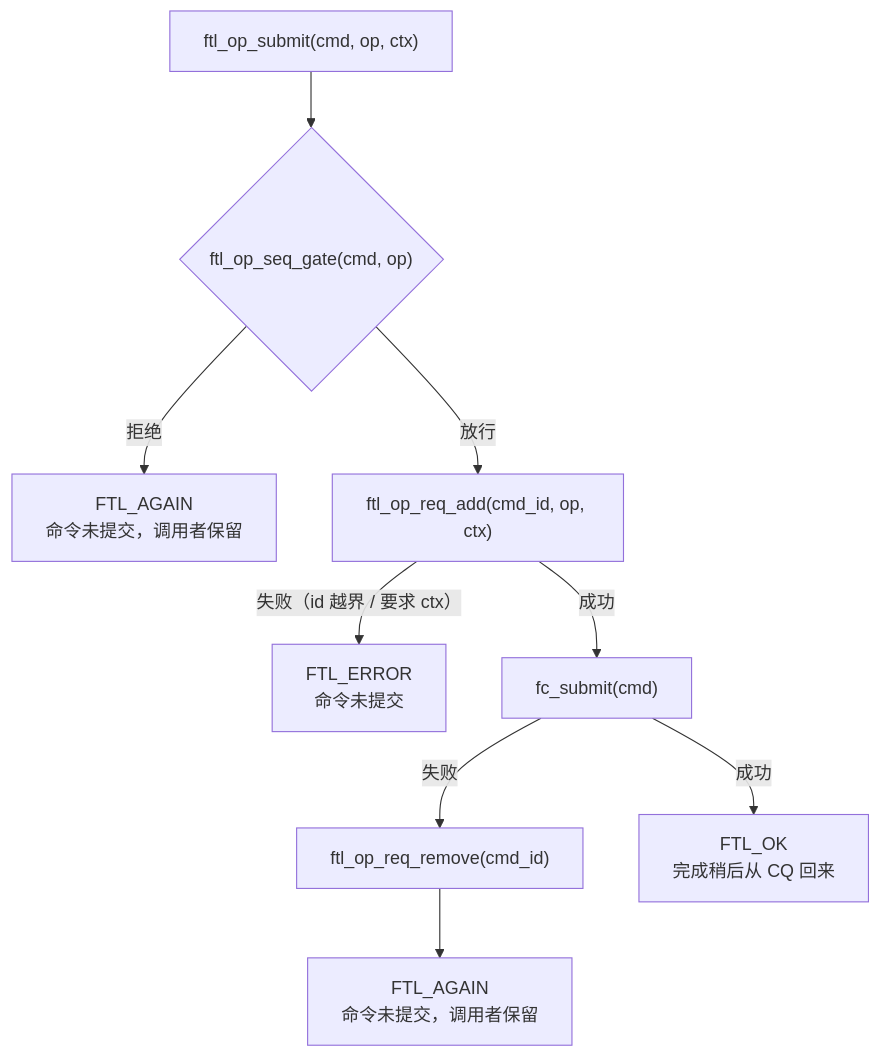
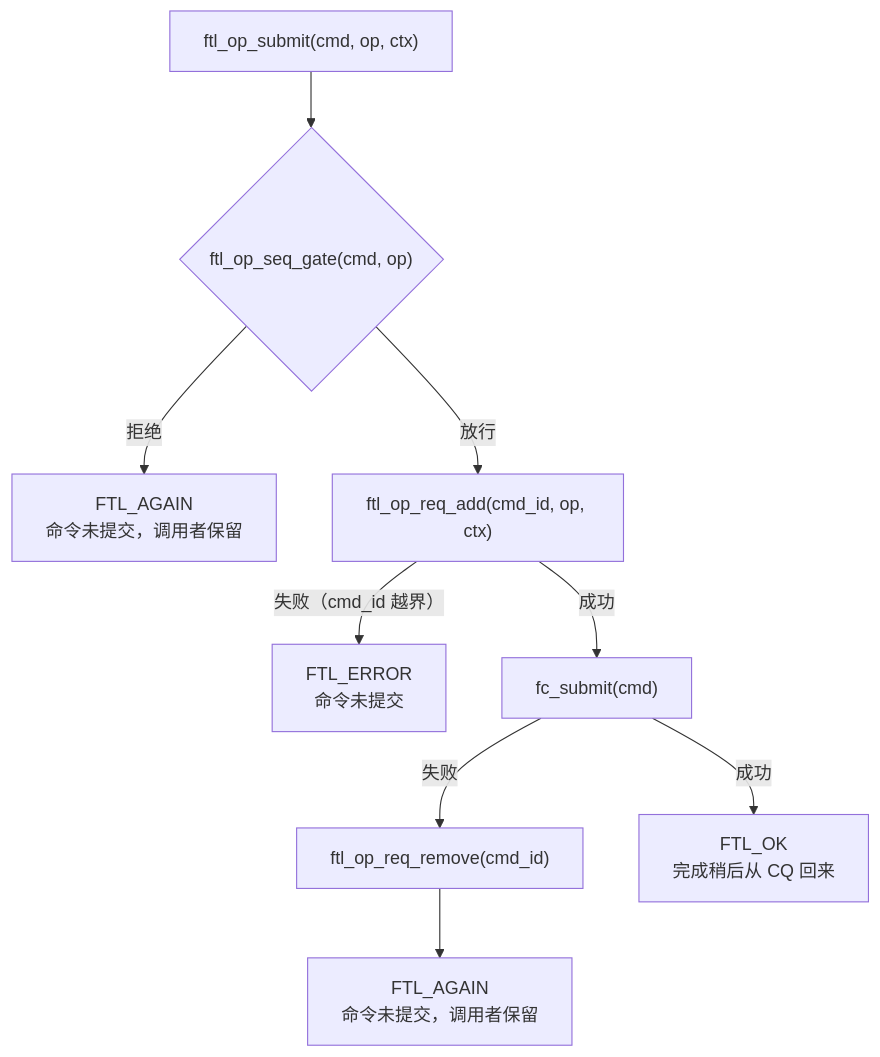
One commit to YzYMIAO/BASESSD changed diagram 18 of 36 in docs/design/ftl_design.md. Above: the diagram before and after it, drawn with Mermaid. The commit also changed other lines of this file and 5 other files, not shown here.

````diff
--- a/docs/design/ftl_design.md
+++ b/docs/design/ftl_design.md
@@ -3119,11 +3119,11 @@
 ```mermaid
 flowchart TD
     A["ftl_op_submit(cmd, op, ctx)"] --> B{"ftl_op_seq_gate(cmd, op)"}
     B -- "拒绝" --> R1["FTL_AGAIN<br/>命令未提交，调用者保留"]
     B -- "放行" --> C["ftl_op_req_add(cmd_id, op, ctx)"]
-    C -- "失败（id 越界 / 要求 ctx）" --> R2["FTL_ERROR<br/>命令未提交"]
+    C -- "失败（cmd_id 越界）" --> R2["FTL_ERROR<br/>命令未提交"]
     C -- "成功" --> G["fc_submit(cmd)"]
     G -- "失败" --> H["ftl_op_req_remove(cmd_id)"]
     H --> R3["FTL_AGAIN<br/>命令未提交，调用者保留"]
     G -- "成功" --> OK["FTL_OK<br/>完成稍后从 CQ 回来"]
 ```
````
